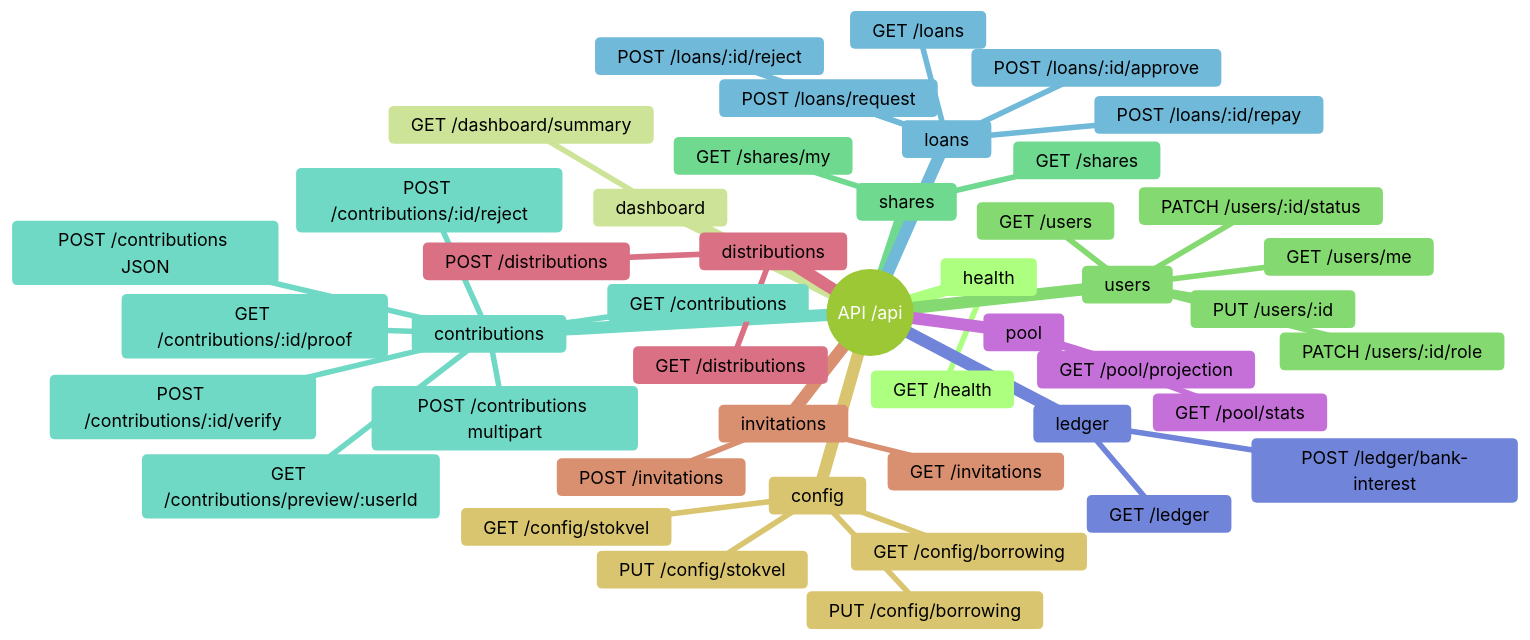
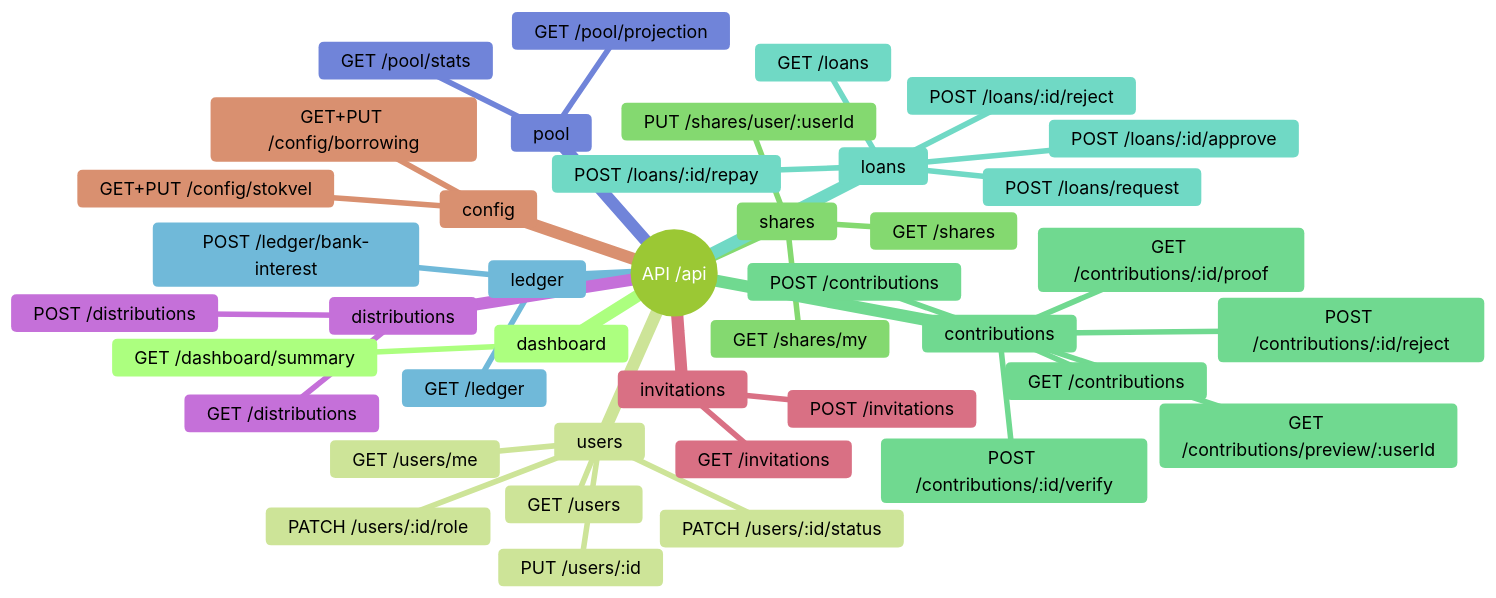
The second of 2 diagrams in README.md (SibusisoMashita/vault-vibes-backend), drawn with Mermaid (forest theme) before and after one commit. The commit also changed other lines of this file and 51 other files, not shown here.

````diff
--- a/README.md
+++ b/README.md
@@ -247,48 +100,44 @@
 ```mermaid
 mindmap
   root((API /api))
-    health
-      GET /health
     dashboard
       GET /dashboard/summary
     users
       GET /users/me
       GET /users
       PUT /users/:id
       PATCH /users/:id/status
       PATCH /users/:id/role
     shares
       GET /shares
       GET /shares/my
+      PUT /shares/user/:userId
     contributions
       GET /contributions
       GET /contributions/preview/:userId
-      POST /contributions JSON
-      POST /contributions multipart
+      POST /contributions
       GET /contributions/:id/proof
       POST /contributions/:id/verify
       POST /contributions/:id/reject
     loans
       GET /loans
       POST /loans/request
       POST /loans/:id/approve
       POST /loans/:id/reject
       POST /loans/:id/repay
     ledger
       GET /ledger
       POST /ledger/bank-interest
     pool
       GET /pool/stats
       GET /pool/projection
     distributions
       GET /distributions
       POST /distributions
     invitations
       GET /invitations
       POST /invitations
     config
-      GET /config/stokvel
-      PUT /config/stokvel
-      GET /config/borrowing
-      PUT /config/borrowing
+      GET+PUT /config/stokvel
+      GET+PUT /config/borrowing
 ```
````
